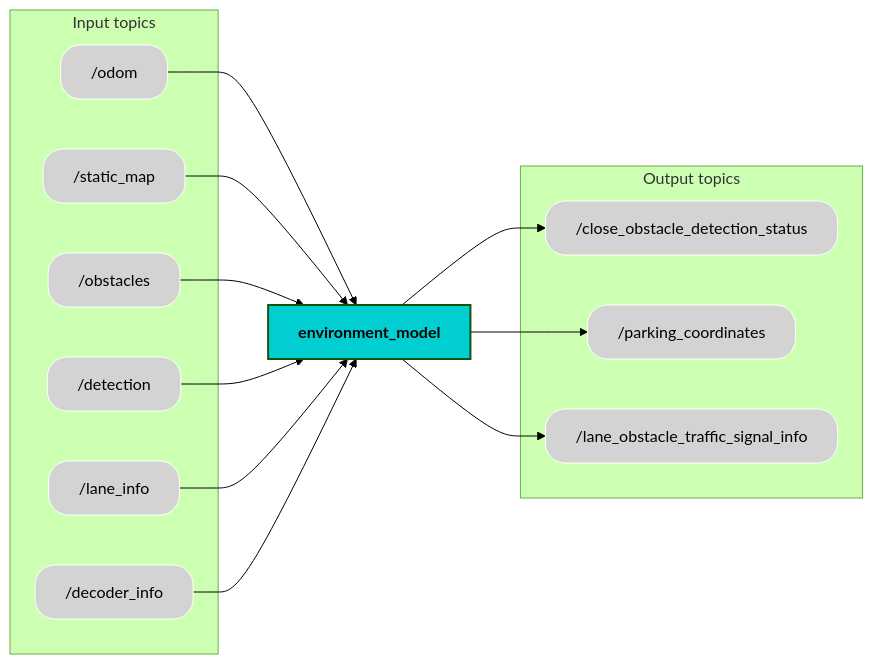
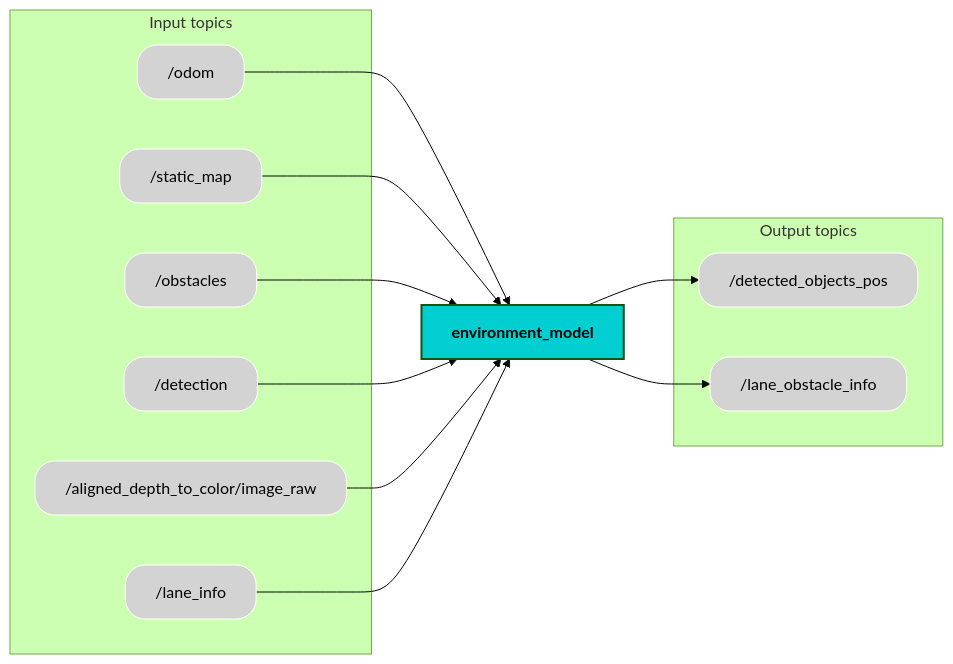
The diagram in README.md (PaxAuto/environment_model), drawn with Mermaid (forest theme) before and after one commit. The commit also changed other lines of this file and 3 other files, not shown here.

Commit message:
US 3.13: Updated readme file with functionalities and used algorithm. Added pictures of activity diagram, aligned depth and detection.

````diff
--- a/README.md
+++ b/README.md
@@ -23,53 +61,50 @@
 ```mermaid
 graph LR
     subgraph Input topics
         EVSEAL["/odom"]:::grayEllipse
         MS["/static_map"]:::grayEllipse
         OD["/obstacles"]:::grayEllipse
         ODM["/detection"]:::grayEllipse
         LD["/lane_info"]:::grayEllipse
-        D["/decoder_info"]:::grayEllipse
+        D["/aligned_depth_to_color/image_raw"]:::grayEllipse
         
         
     end
 
     EM["environment_model"]:::cyanEllipse
 
     EVSEAL --> EM
     MS --> EM
     OD --> EM
     ODM --> EM
+    D --> EM
     LD --> EM
-    D --> EM
-    EM --> DC
-    EM --> PP
-    EM --> LALC
+    EM --> DOP
+    EM --> LOI
 
     subgraph Output topics
-        DC["/close_obstacle_detection_status"]:::grayEllipse
-        PP["/parking_coordinates"]:::grayEllipse
-        LALC["/lane_obstacle_traffic_signal_info"]:::grayEllipse
+        DOP["/detected_objects_pos"]:::grayEllipse
+        LOI["/lane_obstacle_info"]:::grayEllipse
     end
 
     %% Ellipse shape class
     classDef soft_rectangle stroke:#FFFFFF,rx:20,ry:20;
     classDef component font-weight:bold,stroke-width:2px;
 
     %% Cyan for path planner
     classDef cyanEllipse fill:#00CED1, color:#000000;
 
     %% Gray for others
     classDef grayEllipse fill:#D3D3D3, color:#000000;
 
     %% Apply ellipse shape to each node
     class EVSEAL soft_rectangle;
     class MS soft_rectangle;
     class OD soft_rectangle;
     class ODM soft_rectangle;
     class LD soft_rectangle;
     class D soft_rectangle;
-    class DC soft_rectangle;
-    class PP soft_rectangle;
-    class LALC soft_rectangle;
+    class DOP soft_rectangle;
+    class LOI soft_rectangle;
     class EM component;
 ```
````
